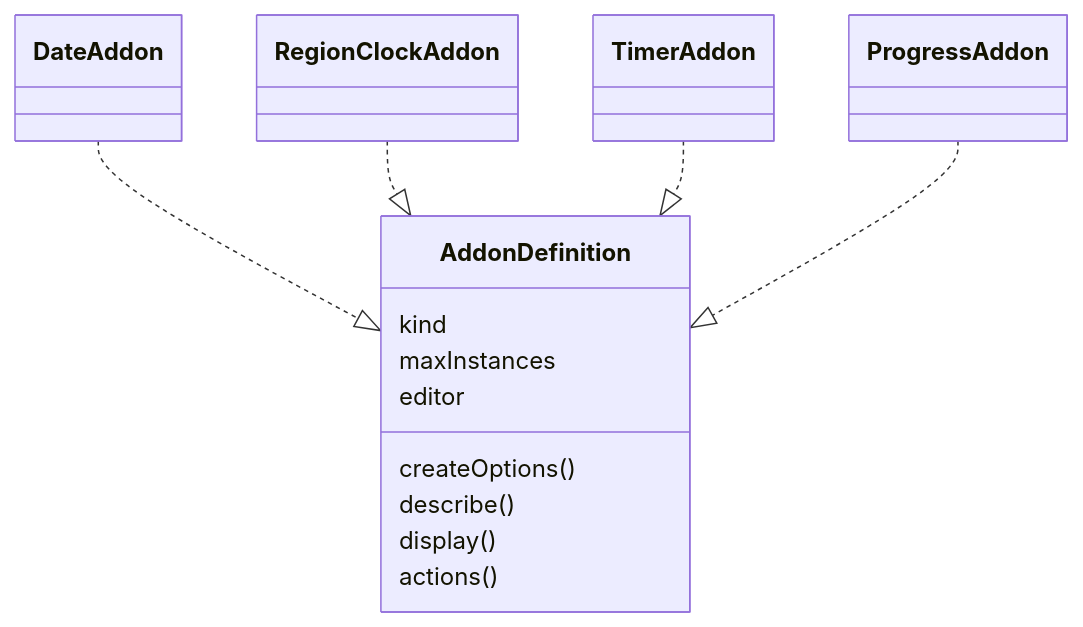
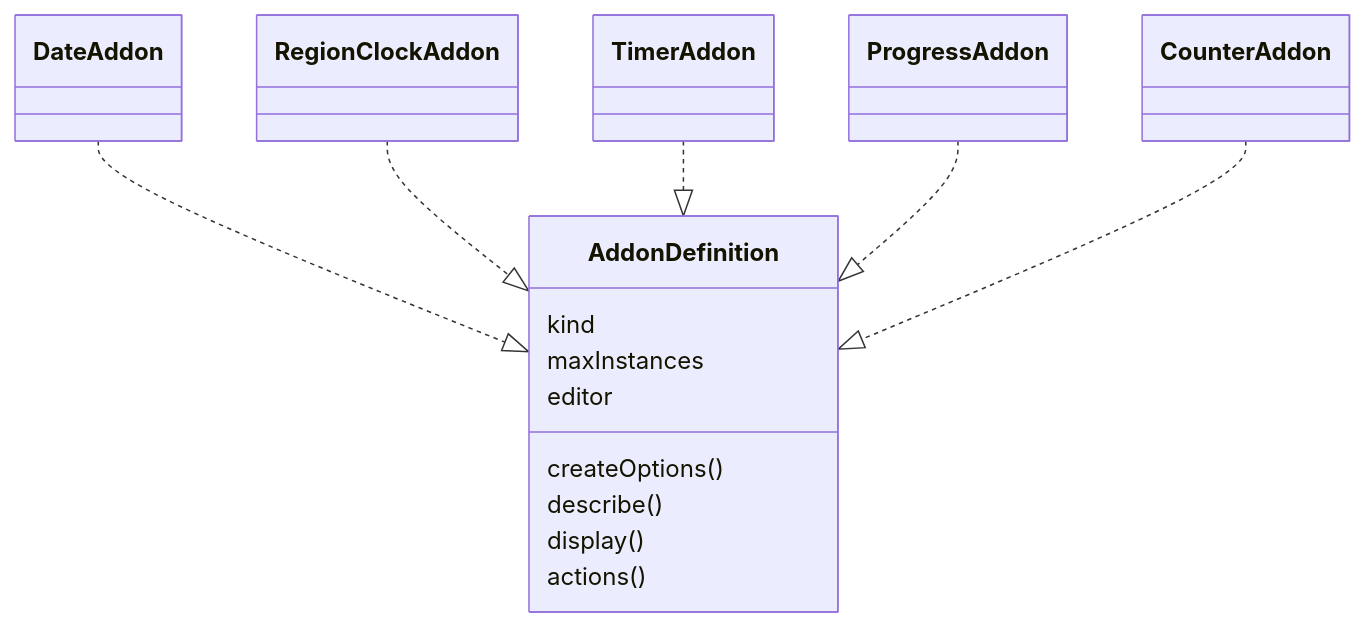
Before and after one commit to tbkmax/TopClock: the first of 2 diagrams in src/addons/builtins/doc/workflow_diagram.md, drawn with Mermaid. The commit also changed other lines of this file and 55 other files, not shown here.

````diff
--- a/src/addons/builtins/doc/workflow_diagram.md
+++ b/src/addons/builtins/doc/workflow_diagram.md
@@ -11,20 +14,22 @@
 ```mermaid
 classDiagram
     class AddonDefinition {
       kind
       maxInstances
       createOptions()
       describe()
       display()
       editor
       actions()
     }
     class DateAddon
     class RegionClockAddon
     class TimerAddon
     class ProgressAddon
+    class CounterAddon
     DateAddon ..|> AddonDefinition
     RegionClockAddon ..|> AddonDefinition
     TimerAddon ..|> AddonDefinition
     ProgressAddon ..|> AddonDefinition
+    CounterAddon ..|> AddonDefinition
 ```
````
